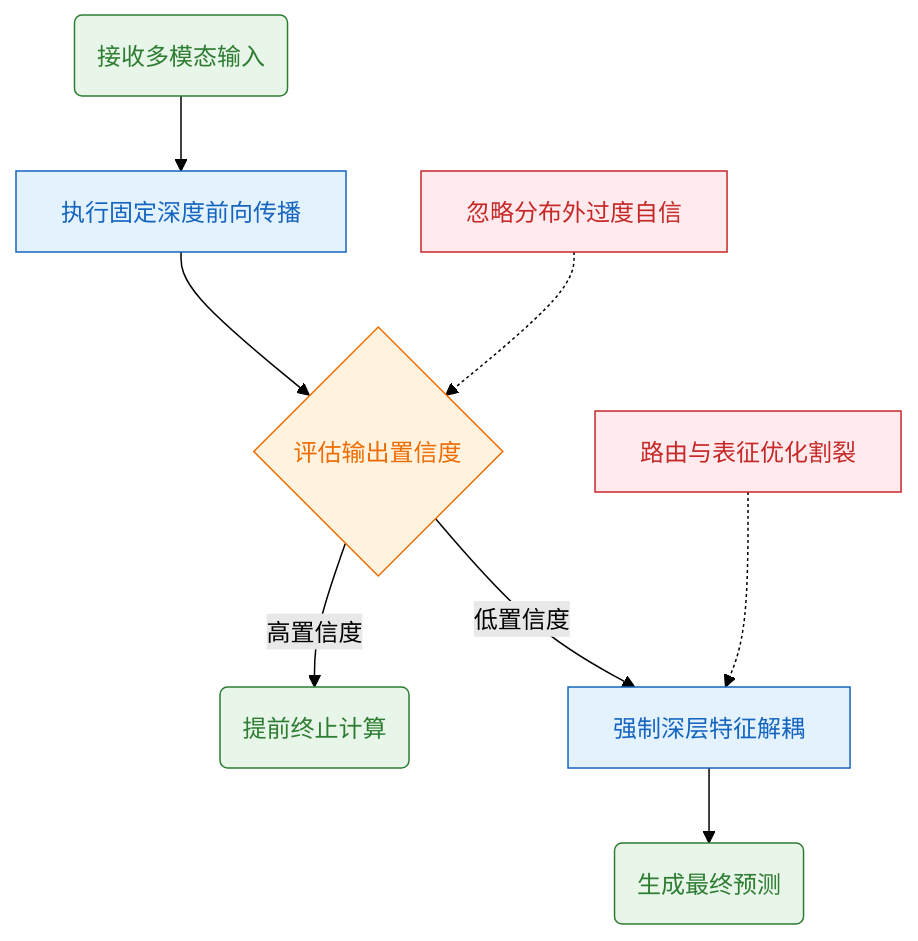
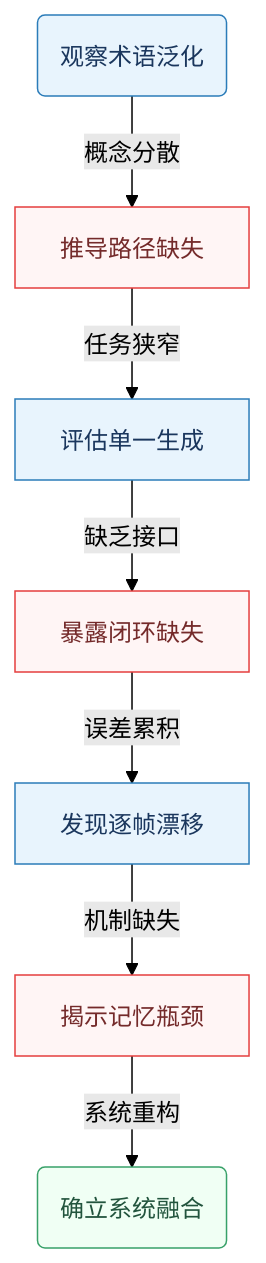
One commit to ShinewineW/paper-rolling changed the first of 10 diagrams in person_vault/2026-06-12_FromMasksToWorldsAHitchhikerSGuideToWorl_2510.20668/report.md. Above: the diagram before and after it, drawn with Mermaid (forest theme). The commit also changed other lines of this file and 51 other files, not shown here.

````diff
--- a/person_vault/2026-06-12_FromMasksToWorldsAHitchhikerSGuideToWorl_2510.20668/report.md
+++ b/person_vault/2026-06-12_FromMasksToWorldsAHitchhikerSGuideToWorl_2510.20668/report.md
@@ -44,16 +44,13 @@
 ```mermaid
-flowchart TD
-    classDef start_end fill:#e8f5e9,stroke:#2e7d32,color:#2e7d32;
-    classDef process fill:#e3f2fd,stroke:#1565c0,color:#1565c0;
-    classDef decision fill:#fff3e0,stroke:#ef6c00,color:#ef6c00;
-    classDef gap_note fill:#ffebee,stroke:#c62828,color:#c62828;
+flowchart TB
+  classDef obs fill:#e8f4fd,stroke:#2b7cb9,color:#1a365d;
+  classDef gap fill:#fff5f5,stroke:#e53e3e,color:#742a2a;
+  classDef insight fill:#f0fff4,stroke:#38a169,color:#22543d;
 
-    input_sample(接收多模态输入):::start_end --> static_pipeline["执行固定深度前向传播"]:::process
-    static_pipeline --> check_confidence{评估输出置信度}:::decision
-    check_confidence -- 高置信度 --> early_exit(提前终止计算):::start_end
-    check_confidence -- 低置信度 --> deep_compute["强制深层特征解耦"]:::process
-    deep_compute --> final_output(生成最终预测):::start_end
-
-    gap_branch["忽略分布外过度自信"]:::gap_note -.-> check_confidence
-    gap_branch2["路由与表征优化割裂"]:::gap_note -.-> deep_compute
+  start_term(观察术语泛化):::obs -->|概念分散| gap_path["推导路径缺失"]:::gap
+  gap_path -->|任务狭窄| obs_gen["评估单一生成"]:::obs
+  obs_gen -->|缺乏接口| gap_loop["暴露闭环缺失"]:::gap
+  gap_loop -->|误差累积| obs_drift["发现逐帧漂移"]:::obs
+  obs_drift -->|机制缺失| gap_mem["揭示记忆瓶颈"]:::gap
+  gap_mem -->|系统重构| end_sys(确立系统融合):::insight
 ```
````
